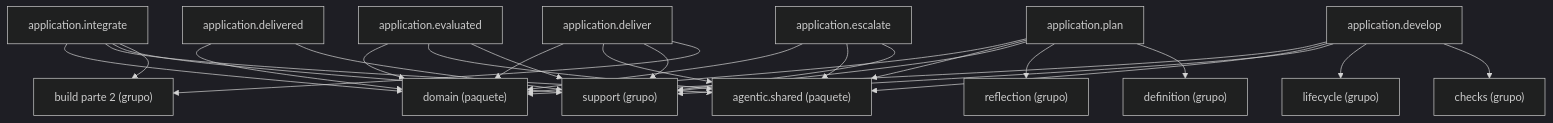
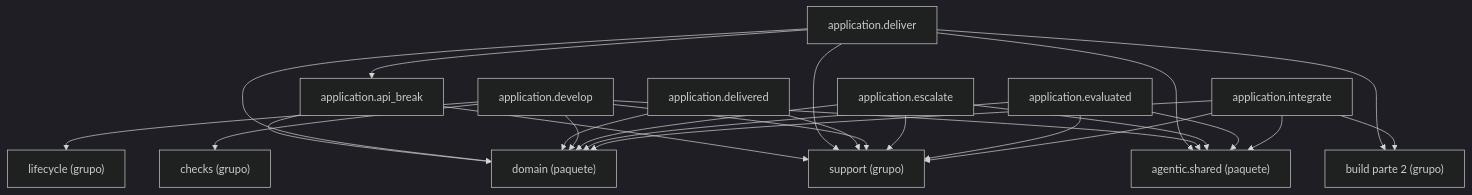
Before and after one commit to GonzaloZevallos/agentic-system: the diagram in docs/architecture/generated/packages-process-application-build-1.md, drawn with Mermaid (dark theme). The commit also changed 3 other files, not shown here.

Commit message:
Regenerate architecture docs for the api_break application module

````diff
--- a/docs/architecture/generated/packages-process-application-build-1.md
+++ b/docs/architecture/generated/packages-process-application-build-1.md
@@ -16,44 +16,40 @@
 ```mermaid
 graph TD
     g_application__build__2["build parte 2 (grupo)"]
     g_application__checks["checks (grupo)"]
-    g_application__definition["definition (grupo)"]
     g_application__lifecycle["lifecycle (grupo)"]
-    g_application__reflection["reflection (grupo)"]
     g_application__support["support (grupo)"]
     g_pkg__agentic__shared["agentic.shared (paquete)"]
     g_pkg__domain["domain (paquete)"]
+    m_application__api_break["application.api_break"]
     m_application__deliver["application.deliver"]
     m_application__delivered["application.delivered"]
     m_application__develop["application.develop"]
     m_application__escalate["application.escalate"]
     m_application__evaluated["application.evaluated"]
     m_application__integrate["application.integrate"]
-    m_application__plan["application.plan"]
+    m_application__api_break --> g_application__support
+    m_application__api_break --> g_pkg__domain
     m_application__deliver --> g_application__build__2
     m_application__deliver --> g_application__support
     m_application__deliver --> g_pkg__agentic__shared
     m_application__deliver --> g_pkg__domain
+    m_application__deliver --> m_application__api_break
     m_application__delivered --> g_application__support
     m_application__delivered --> g_pkg__domain
     m_application__develop --> g_application__checks
     m_application__develop --> g_application__lifecycle
     m_application__develop --> g_application__support
     m_application__develop --> g_pkg__agentic__shared
     m_application__develop --> g_pkg__domain
     m_application__escalate --> g_application__support
     m_application__escalate --> g_pkg__agentic__shared
     m_application__escalate --> g_pkg__domain
     m_application__evaluated --> g_application__support
     m_application__evaluated --> g_pkg__agentic__shared
     m_application__evaluated --> g_pkg__domain
     m_application__integrate --> g_application__build__2
     m_application__integrate --> g_application__support
     m_application__integrate --> g_pkg__agentic__shared
     m_application__integrate --> g_pkg__domain
-    m_application__plan --> g_application__definition
-    m_application__plan --> g_application__reflection
-    m_application__plan --> g_application__support
-    m_application__plan --> g_pkg__agentic__shared
-    m_application__plan --> g_pkg__domain
 ```
````
